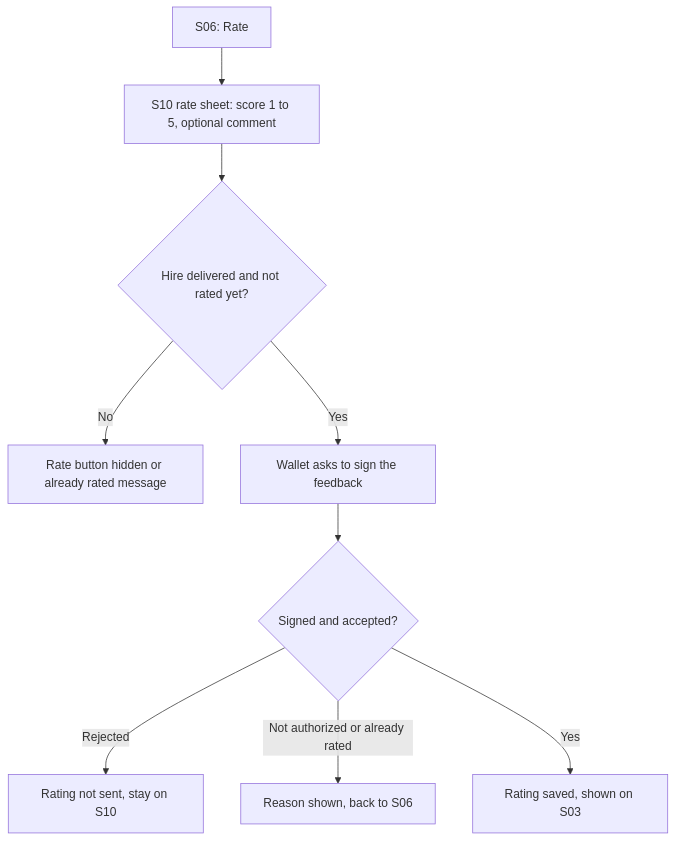
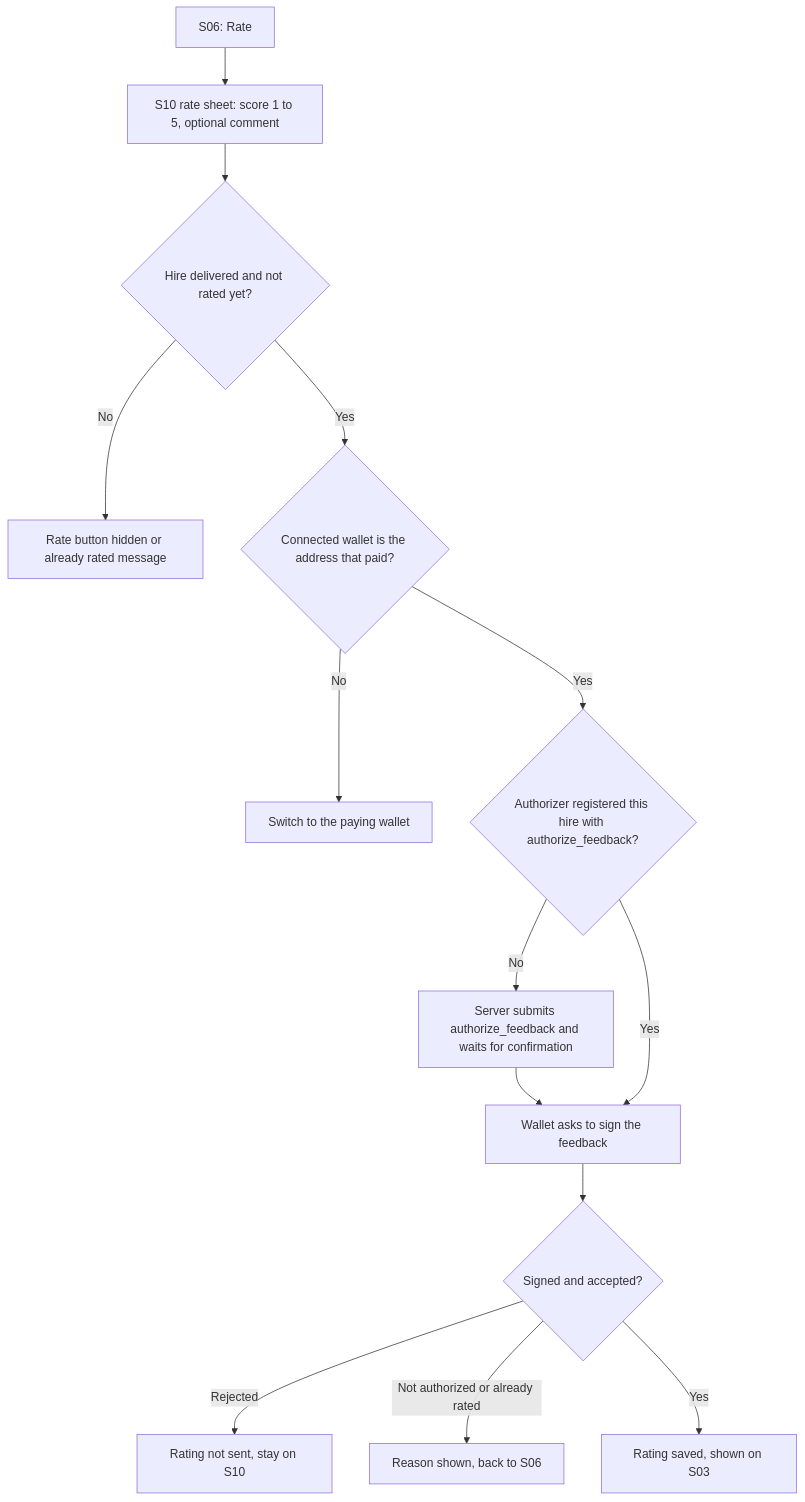
The seventh of 7 diagrams in docs/blueprints/flows.md (Zer0-Knowledge-Hack/puls3), drawn with Mermaid before and after one commit. The commit also changed other lines of this file, not shown here.

First line of the commit message:
docs(flows): address review on F4 and F7: manifest input/output, registration URI policy, authorize_feedback step

````diff
--- a/docs/blueprints/flows.md
+++ b/docs/blueprints/flows.md
@@ -180,11 +193,16 @@
 ```mermaid
 flowchart TD
   A["S06: Rate"] --> B["S10 rate sheet: score 1 to 5, optional comment"]
   B --> C{"Hire delivered and not rated yet?"}
   C -- No --> C1["Rate button hidden or already rated message"]
-  C -- Yes --> D["Wallet asks to sign the feedback"]
+  C -- Yes --> K{"Connected wallet is the address that paid?"}
+  K -- No --> K1["Switch to the paying wallet"]
+  K -- Yes --> Z{"Authorizer registered this hire with authorize_feedback?"}
+  Z -- No --> Z1["Server submits authorize_feedback and waits for confirmation"]
+  Z1 --> D
+  Z -- Yes --> D["Wallet asks to sign the feedback"]
   D --> E{"Signed and accepted?"}
   E -- "Rejected" --> E1["Rating not sent, stay on S10"]
   E -- "Not authorized or already rated" --> E2["Reason shown, back to S06"]
   E -- Yes --> F["Rating saved, shown on S03"]
 ```
````
